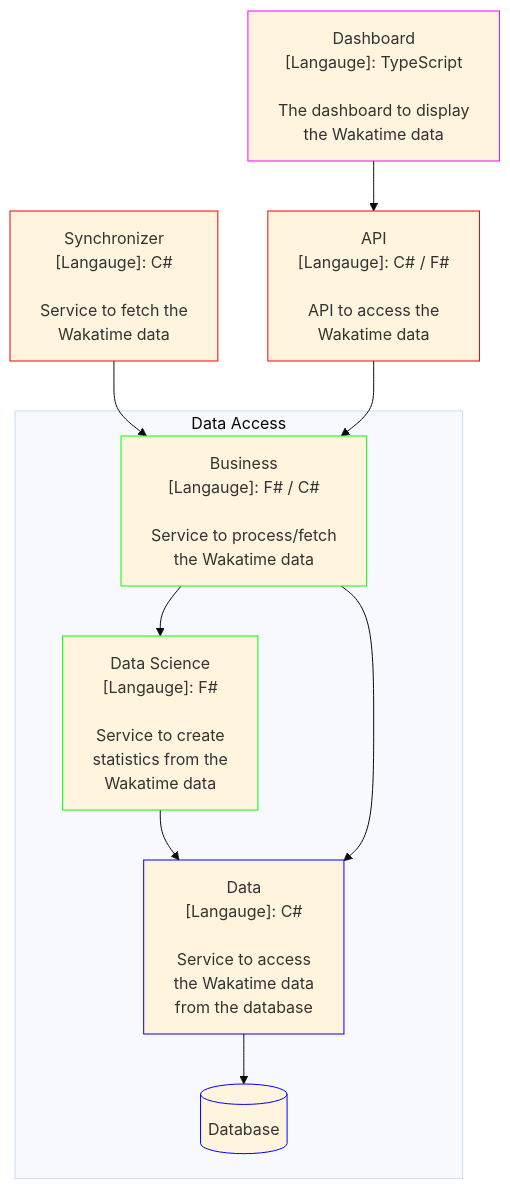
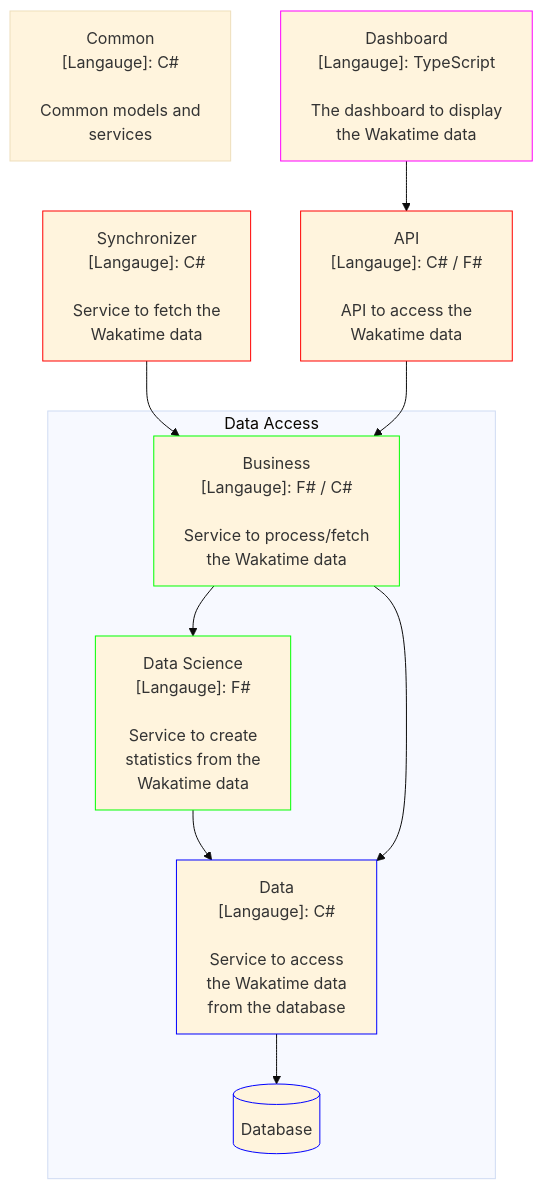
The diagram in readme.md (joerivanarkel/WakatimeStats), drawn with Mermaid (base theme) before and after one commit. The commit also changed 6 other files, not shown here.

````diff
--- a/readme.md
+++ b/readme.md
@@ -9,58 +9,66 @@
 ```mermaid
 flowchart TD
     classDef presentation stroke:#f0f
     classDef api stroke:#f00
     classDef service stroke:#0f0
     classDef data stroke:#00f
 
 
+    common["Common
+        [Langauge]: C#
+
+        Common models and
+        services
+        "]
+        
     Dashboard["Dashboard
         [Langauge]: TypeScript
 
         The dashboard to display
         the Wakatime data
         "]:::presentation
     API["API
         [Langauge]: C# / F#
 
         API to access the 
         Wakatime data
         "]:::api
     synchronizer["Synchronizer
         [Langauge]: C#
 
         Service to fetch the 
         Wakatime data
         "]:::api
     business["Business
         [Langauge]: F# / C#
 
         Service to process/fetch
         the Wakatime data
         "]:::service
     stats["Data Science
         [Langauge]: F#
 
         Service to create
         statistics from the
         Wakatime data
         "]:::service
     datalayer["Data
         [Langauge]: C#
 
         Service to access
         the Wakatime data
         from the database
         "]:::data
 
+
     Dashboard --> API
     synchronizer --> business
     API --> business
 
     subgraph Data Access
         business --> stats
         stats --> datalayer
         business --> datalayer
         datalayer -->  database[(Database)]:::data
     end
 ```
````
